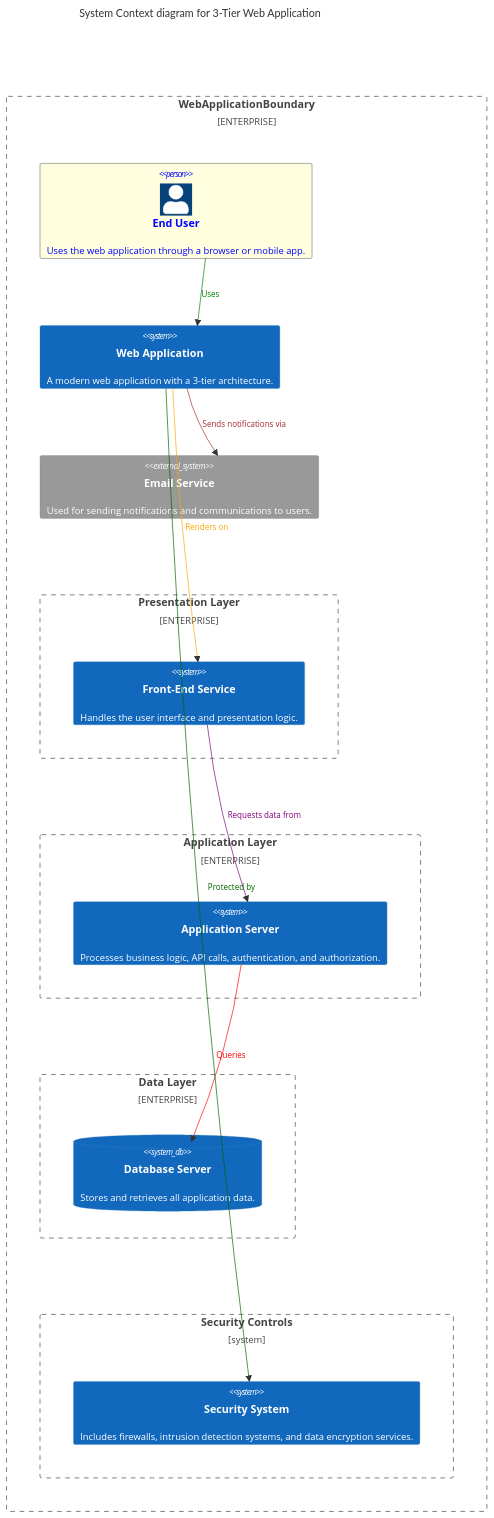
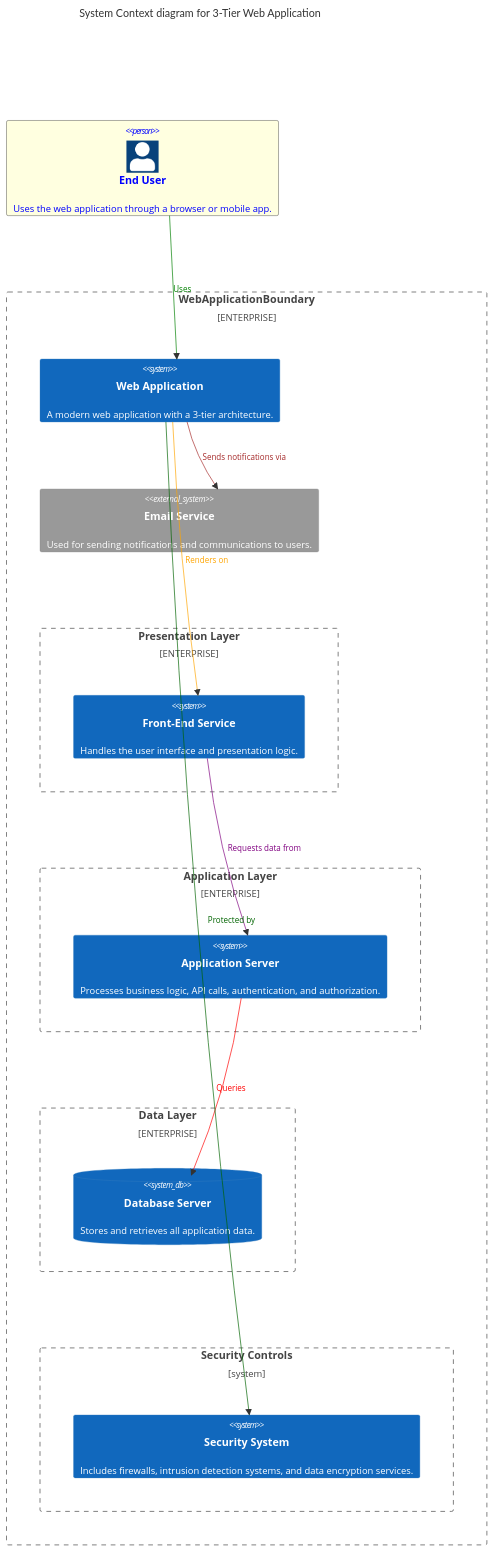
One commit to jalacloud/architecture-as-code changed the diagram in C4/3-tier-web-app.md. Above: the diagram before and after it, drawn with Mermaid.

Commit message:
fixed external user placement

````diff
--- a/C4/3-tier-web-app.md
+++ b/C4/3-tier-web-app.md
@@ -1,45 +1,46 @@
 ```mermaid
 C4Context
   title System Context diagram for 3-Tier Web Application
+
+  Person(user, "End User", "Uses the web application through a browser or mobile app.")
   Enterprise_Boundary(b0, "WebApplicationBoundary") {
-    Person(user, "End User", "Uses the web application through a browser or mobile app.")
     
     System(webApp, "Web Application", "A modern web application with a 3-tier architecture.")
 
     Enterprise_Boundary(b1, "Presentation Layer") {
       System(frontEnd, "Front-End Service", "Handles the user interface and presentation logic.")
     }
 
     Enterprise_Boundary(b2, "Application Layer") {
       System(appServer, "Application Server", "Processes business logic, API calls, authentication, and authorization.")
     }
 
     Enterprise_Boundary(b3, "Data Layer") {
       SystemDb(database, "Database Server", "Stores and retrieves all application data.")
     }
 
     System_Ext(emailService, "Email Service", "Used for sending notifications and communications to users.")
 
     Boundary(b4, "Security Controls") {
       System(securitySystem, "Security System", "Includes firewalls, intrusion detection systems, and data encryption services.")
     }
   }
 
   Rel(user, webApp, "Uses")
   Rel(webApp, frontEnd, "Renders on")
   Rel(frontEnd, appServer, "Requests data from")
   Rel(appServer, database, "Queries")
   Rel(webApp, emailService, "Sends notifications via")
   Rel(webApp, securitySystem, "Protected by")
 
   UpdateElementStyle(user, $fontColor="blue", $bgColor="lightyellow", $borderColor="black")
   UpdateRelStyle(user, webApp, $textColor="green", $lineColor="green")
   UpdateRelStyle(webApp, frontEnd, $textColor="orange", $lineColor="orange")
   UpdateRelStyle(frontEnd, appServer, $textColor="purple", $lineColor="purple")
   UpdateRelStyle(appServer, database, $textColor="red", $lineColor="red")
   UpdateRelStyle(webApp, emailService, $textColor="brown", $lineColor="brown")
   UpdateRelStyle(webApp, securitySystem, $textColor="darkgreen", $lineColor="darkgreen")
 
   UpdateLayoutConfig($c4ShapeInRow="3", $c4BoundaryInRow="1")
 
 ```
````
